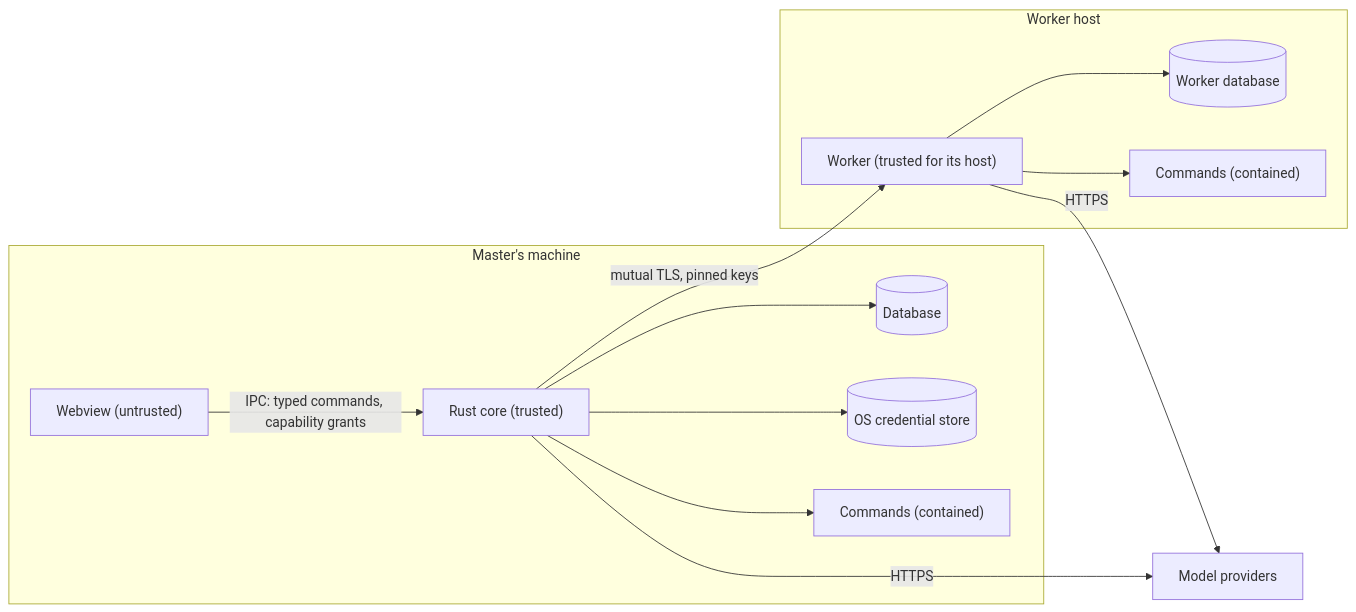
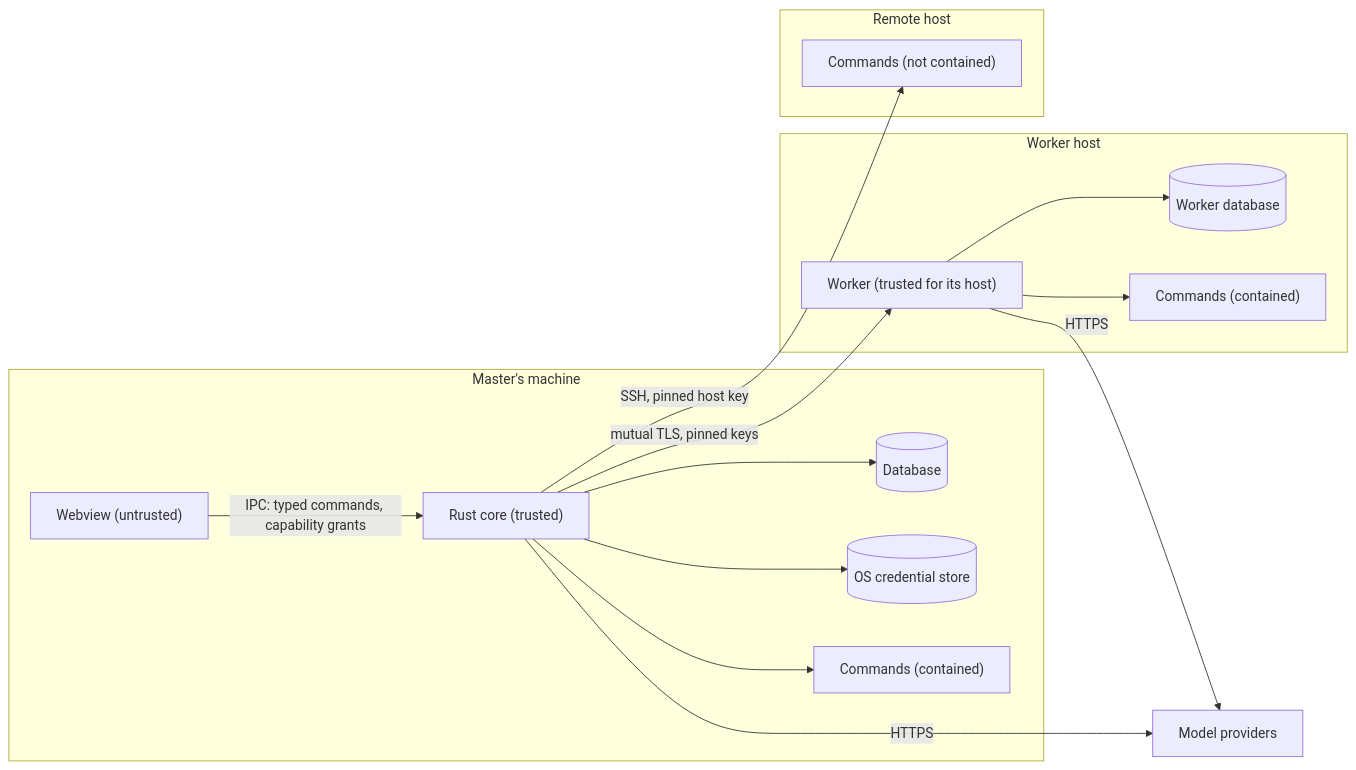
Before and after one commit to limbon2/mannie: the diagram in docs/architecture/security.md, drawn with Mermaid. The commit also changed other lines of this file and 23 other files, not shown here.

First line of the commit message:
docs: record ADR-0036, M8 and SSH hosts across the architecture

````diff
--- a/docs/architecture/security.md
+++ b/docs/architecture/security.md
@@ -48,25 +51,29 @@
 ```mermaid
 flowchart LR
   subgraph MasterMachine["Master's machine"]
     WV["Webview (untrusted)"]
     Core["Rust core (trusted)"]
     Store[("Database")]
     Keys[("OS credential store")]
     Cmd["Commands (contained)"]
   end
   subgraph Host["Worker host"]
     Wk["Worker (trusted for its host)"]
     WStore[("Worker database")]
     WCmd["Commands (contained)"]
   end
+  subgraph Remote["Remote host"]
+    RCmd["Commands (not contained)"]
+  end
   Prov["Model providers"]
   WV -- "IPC: typed commands, capability grants" --> Core
   Core --> Store
   Core --> Keys
   Core --> Cmd
   Core -- "mutual TLS, pinned keys" --> Wk
+  Core -- "SSH, pinned host key" --> RCmd
   Wk --> WStore
   Wk --> WCmd
   Core -- HTTPS --> Prov
   Wk -- HTTPS --> Prov
 ```
````
